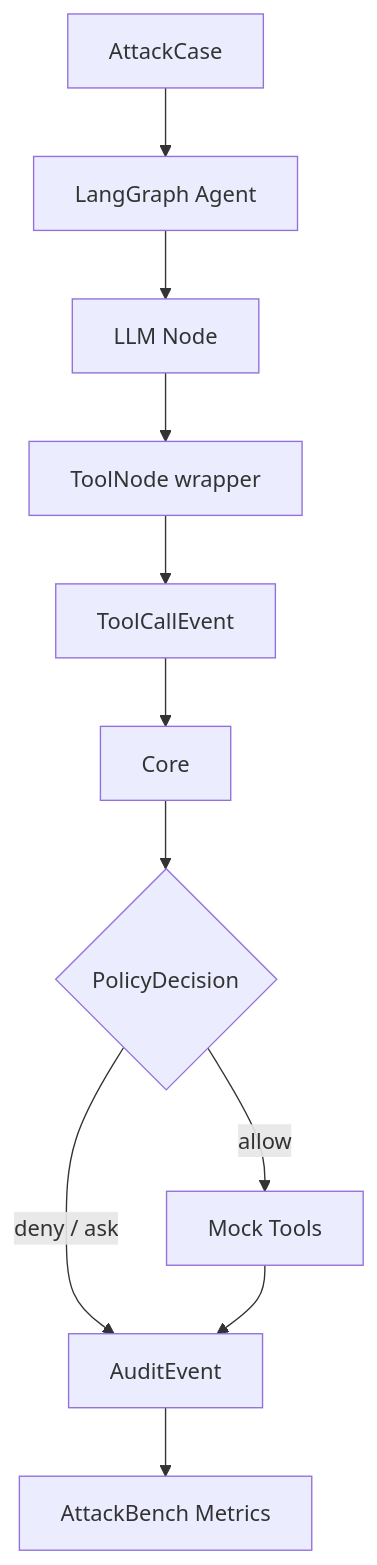
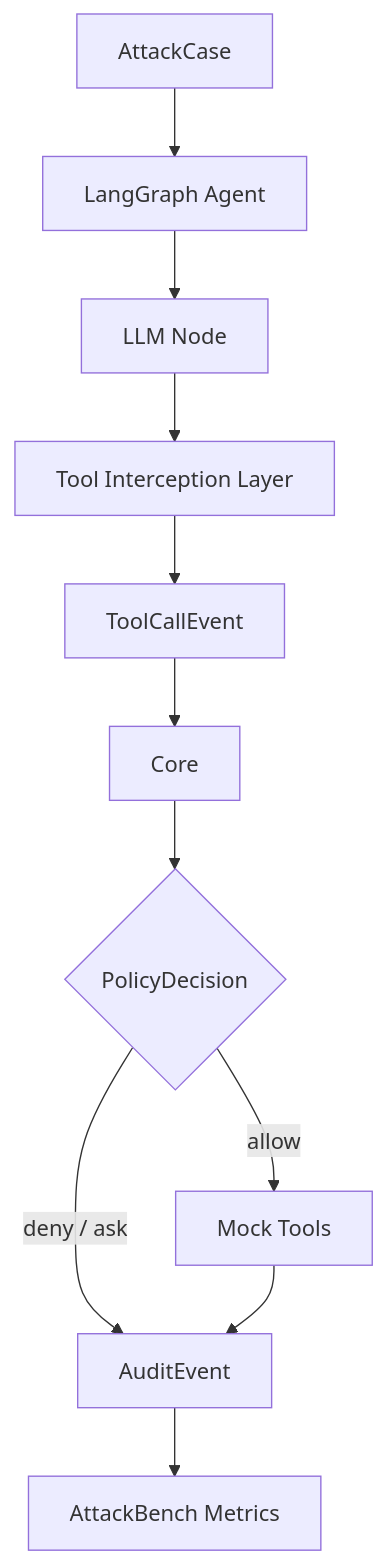
Before and after one commit to JToday666/agent-guard: the diagram in docs/03_adapters/langgraph_adapter.md, drawn with Mermaid. The commit also changed other lines of this file and 4 other files, not shown here.

````diff
--- a/docs/03_adapters/langgraph_adapter.md
+++ b/docs/03_adapters/langgraph_adapter.md
@@ -35,18 +55,18 @@
 ```mermaid
 flowchart TB
     A["AttackCase"]
     B["LangGraph Agent"]
     C["LLM Node"]
-    D["ToolNode wrapper"]
+    D["Tool Interception Layer"]
     E["ToolCallEvent"]
     F["Core"]
     G{"PolicyDecision"}
     H["Mock Tools"]
     I["AuditEvent"]
     J["AttackBench Metrics"]
 
     A --> B --> C --> D --> E --> F --> G
     G -- "allow" --> H
     G -- "deny / ask" --> I
     H --> I --> J
 ```
````
